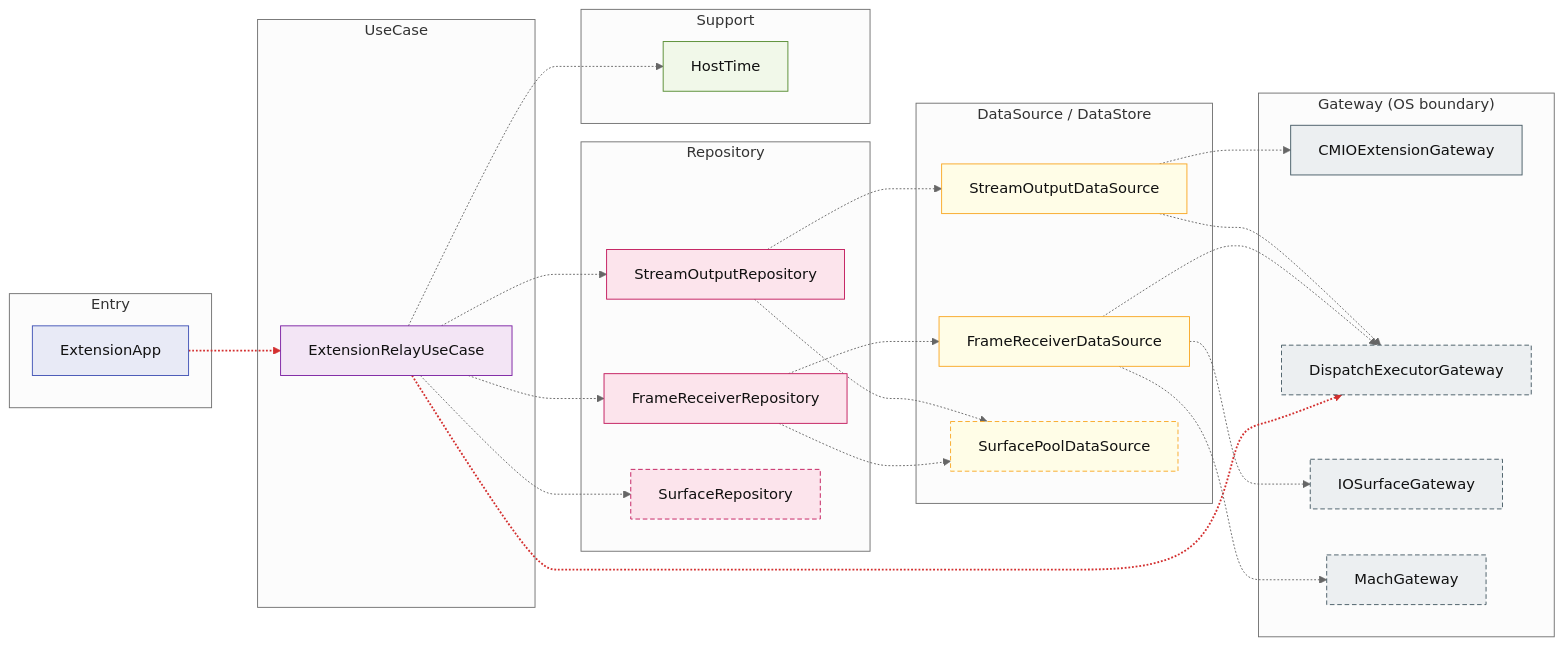
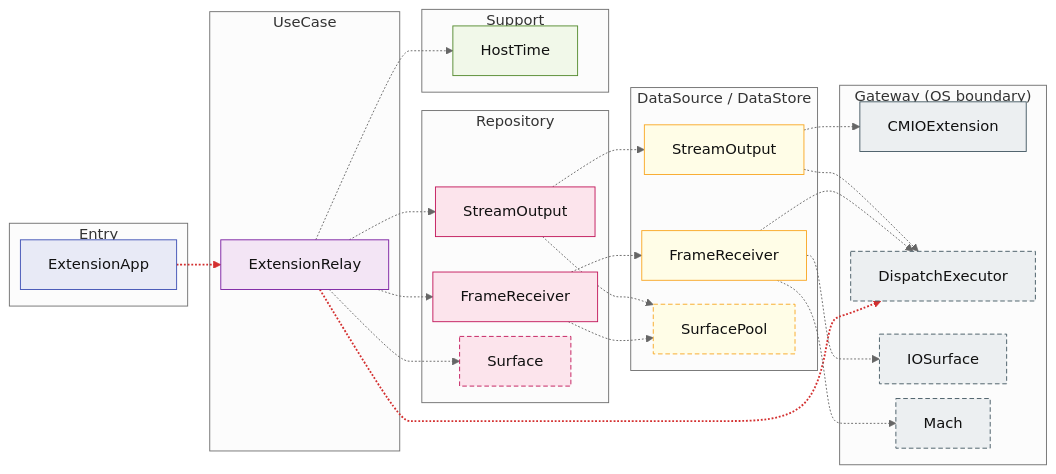
The eighth of 8 diagrams in docs/ARCHITECTURE.md (GeneralD/mirage), drawn with Mermaid (neutral theme) before and after one commit. The commit also changed other lines of this file, not shown here.

First line of the commit message:
docs(architecture): fit the module diagrams to the page width

````diff
--- a/docs/ARCHITECTURE.md
+++ b/docs/ARCHITECTURE.md
@@ -466,54 +496,55 @@
 ```mermaid
+%%{init: {"flowchart": {"rankSpacing": 24, "nodeSpacing": 16}}}%%
 graph LR
-  subgraph Extension_entry["Entry"]
+  subgraph Area4_entry["Entry"]
     ExtensionApp:::entry
   end
-  subgraph Extension_uc["UseCase"]
-    ExtensionRelayUseCase:::uc
+  subgraph Area4_uc["UseCase"]
+    ExtensionRelayUseCase["ExtensionRelay"]:::uc
   end
-  subgraph Extension_repo["Repository"]
-    FrameReceiverRepository:::repo
-    StreamOutputRepository:::repo
-    SurfaceRepository:::repox
+  subgraph Area4_repo["Repository"]
+    FrameReceiverRepository["FrameReceiver"]:::repo
+    StreamOutputRepository["StreamOutput"]:::repo
+    SurfaceRepository["Surface"]:::repox
   end
-  subgraph Extension_ds["DataSource / DataStore"]
-    FrameReceiverDataSource:::ds
-    StreamOutputDataSource:::ds
-    SurfacePoolDataSource:::dsx
+  subgraph Area4_ds["DataSource / DataStore"]
+    FrameReceiverDataSource["FrameReceiver"]:::ds
+    StreamOutputDataSource["StreamOutput"]:::ds
+    SurfacePoolDataSource["SurfacePool"]:::dsx
   end
-  subgraph Extension_gw["Gateway (OS boundary)"]
-    CMIOExtensionGateway:::gw
-    DispatchExecutorGateway:::gwx
-    IOSurfaceGateway:::gwx
-    MachGateway:::gwx
+  subgraph Area4_gw["Gateway (OS boundary)"]
+    CMIOExtensionGateway["CMIOExtension"]:::gw
+    DispatchExecutorGateway["DispatchExecutor"]:::gwx
+    IOSurfaceGateway["IOSurface"]:::gwx
+    MachGateway["Mach"]:::gwx
   end
-  subgraph Extension_sup["Support"]
+  subgraph Area4_sup["Support"]
     HostTime:::sup
   end
   ExtensionApp -.-> ExtensionRelayUseCase
   ExtensionRelayUseCase -.-> DispatchExecutorGateway
   ExtensionRelayUseCase -.-> FrameReceiverRepository
   ExtensionRelayUseCase -.-> HostTime
   ExtensionRelayUseCase -.-> StreamOutputRepository
   ExtensionRelayUseCase -.-> SurfaceRepository
   FrameReceiverRepository -.-> FrameReceiverDataSource
   FrameReceiverRepository -.-> SurfacePoolDataSource
   StreamOutputRepository -.-> StreamOutputDataSource
   StreamOutputRepository -.-> SurfacePoolDataSource
   FrameReceiverDataSource -.-> DispatchExecutorGateway
   FrameReceiverDataSource -.-> IOSurfaceGateway
   FrameReceiverDataSource -.-> MachGateway
   StreamOutputDataSource -.-> CMIOExtensionGateway
   StreamOutputDataSource -.-> DispatchExecutorGateway
   classDef ds fill:#fffde7,stroke:#f9a825,color:#111
   classDef dsx fill:#fffde7,stroke:#f9a825,color:#111,stroke-dasharray:5 3
   classDef entry fill:#e8eaf6,stroke:#3f51b5,color:#111
   classDef gw fill:#eceff1,stroke:#455a64,color:#111
   classDef gwx fill:#eceff1,stroke:#455a64,color:#111,stroke-dasharray:5 3
   classDef repo fill:#fce4ec,stroke:#c2185b,color:#111
   classDef repox fill:#fce4ec,stroke:#c2185b,color:#111,stroke-dasharray:5 3
   classDef sup fill:#f1f8e9,stroke:#558b2f,color:#111
   classDef uc fill:#f3e5f5,stroke:#7b1fa2,color:#111
   linkStyle 0 stroke:#d32f2f,stroke-width:2px
   linkStyle 1 stroke:#d32f2f,stroke-width:2px
 ```
````
